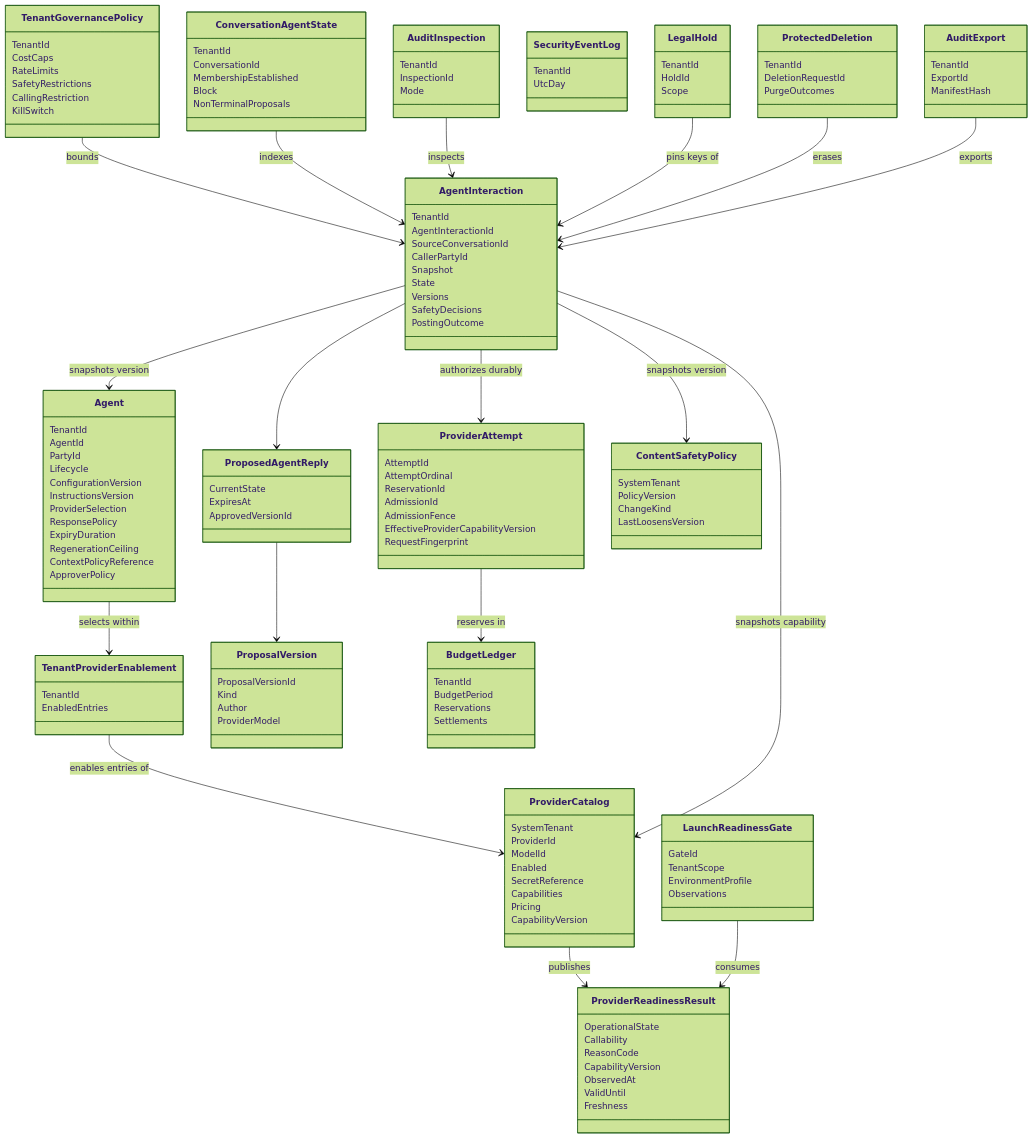
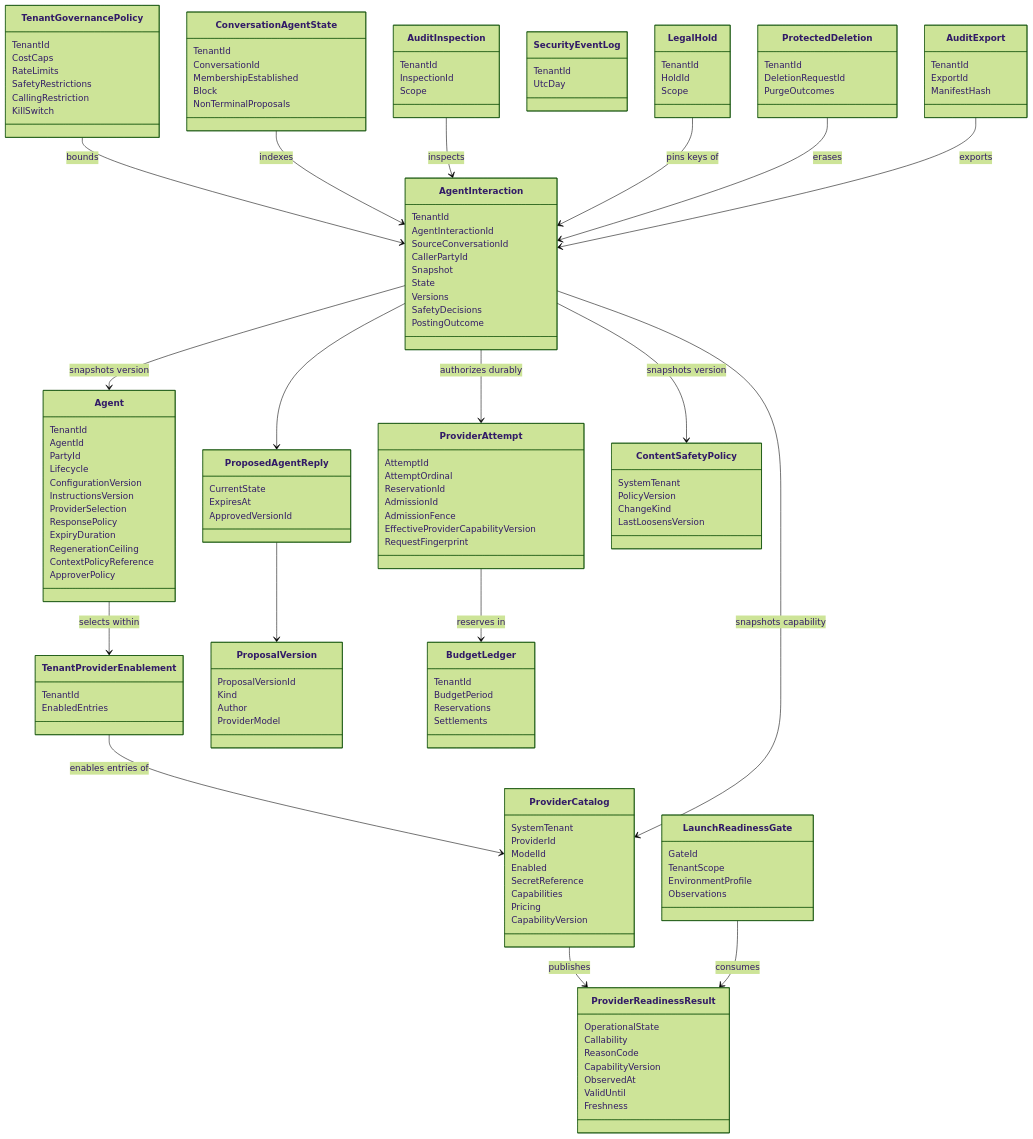
One commit to Hexalith/Hexalith.Agents changed the fourth of 4 diagrams in _bmad-output/planning-artifacts/architecture/architecture-agents-2026-06-23-2/ARCHITECTURE-SPINE.md. Above: the diagram before and after it, drawn with Mermaid (forest theme). The commit also changed other lines of this file and 26 other files, not shown here.

```diff
--- a/_bmad-output/planning-artifacts/architecture/architecture-agents-2026-06-23-2/ARCHITECTURE-SPINE.md
+++ b/_bmad-output/planning-artifacts/architecture/architecture-agents-2026-06-23-2/ARCHITECTURE-SPINE.md
@@ -670,7 +676,7 @@
   class AuditInspection {
     TenantId
     InspectionId
-    Mode
+    Scope
   }
   class SecurityEventLog {
     TenantId
```
